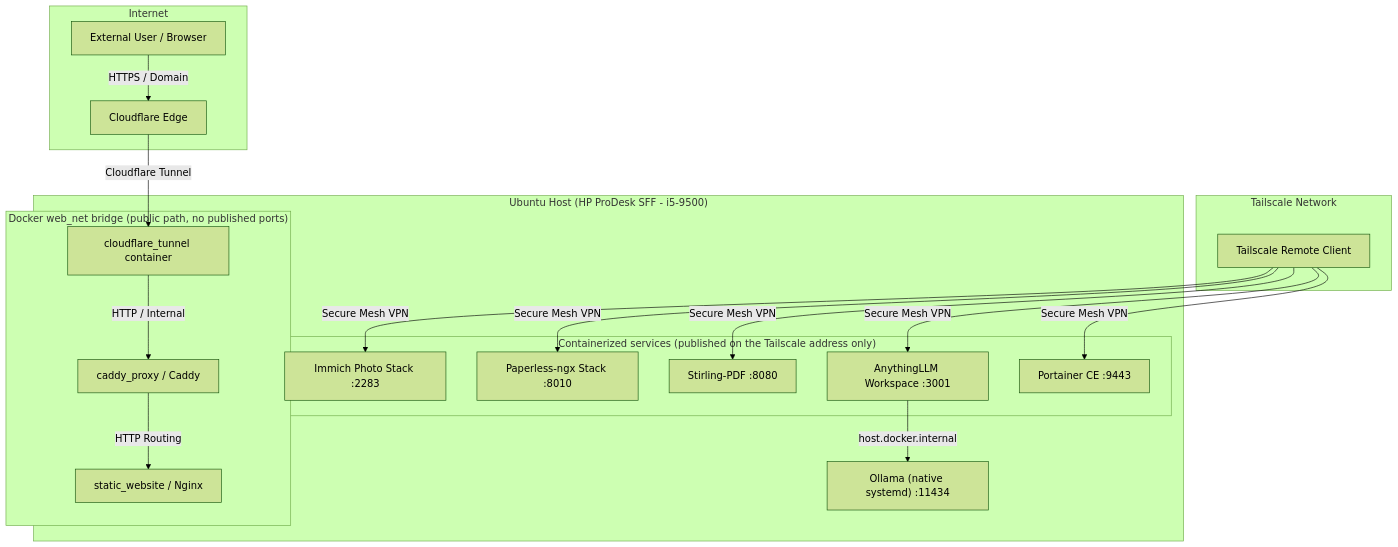
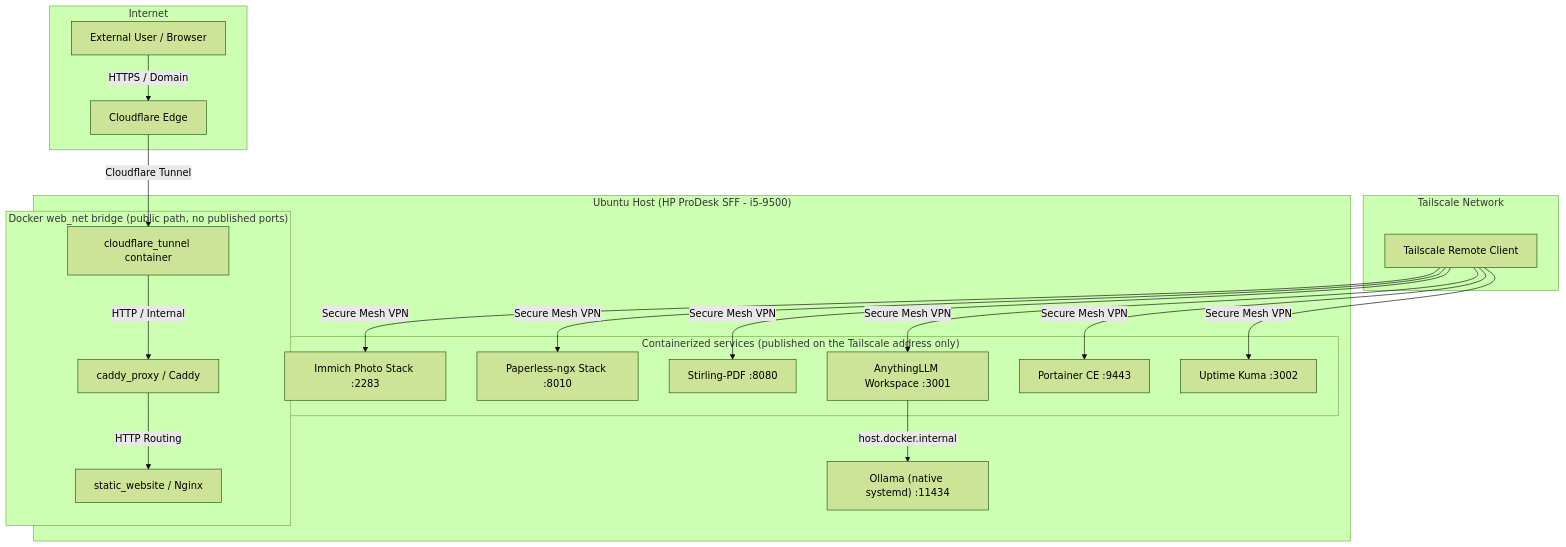
Before and after one commit to AurelSto/homelab: the diagram in ARCHITECTURE.md, drawn with Mermaid (forest theme). The commit also changed other lines of this file and 2 other files, not shown here.

Commit message:
docs: update security, architecture and roadmap to match current state

````diff
--- a/ARCHITECTURE.md
+++ b/ARCHITECTURE.md
@@ -7,40 +7,42 @@
 ```mermaid
 graph TD
     subgraph Internet
         User[External User / Browser]
         CF_Edge[Cloudflare Edge]
     end
 
     subgraph Tailnet ["Tailscale Network"]
         TS_Client[Tailscale Remote Client]
     end
 
     subgraph Host ["Ubuntu Host (HP ProDesk SFF - i5-9500)"]
         subgraph WebNet ["Docker web_net bridge (public path, no published ports)"]
             Tunnel[cloudflare_tunnel container]
             Caddy[caddy_proxy / Caddy]
             Nginx[static_website / Nginx]
             Tunnel -->|HTTP / Internal| Caddy
             Caddy -->|HTTP Routing| Nginx
         end
 
         subgraph Private ["Containerized services (published on the Tailscale address only)"]
             Immich["Immich Photo Stack :2283"]
             Paperless["Paperless-ngx Stack :8010"]
             Stirling["Stirling-PDF :8080"]
             AnythingLLM["AnythingLLM Workspace :3001"]
             Portainer["Portainer CE :9443"]
+            Kuma["Uptime Kuma :3002"]
         end
 
         Ollama["Ollama (native systemd) :11434"]
         AnythingLLM -->|"host.docker.internal"| Ollama
     end
 
     User -->|HTTPS / Domain| CF_Edge
     CF_Edge -->|Cloudflare Tunnel| Tunnel
     TS_Client -->|Secure Mesh VPN| Immich
     TS_Client -->|Secure Mesh VPN| Paperless
     TS_Client -->|Secure Mesh VPN| Stirling
     TS_Client -->|Secure Mesh VPN| AnythingLLM
     TS_Client -->|Secure Mesh VPN| Portainer
+    TS_Client -->|Secure Mesh VPN| Kuma
 ```
````
